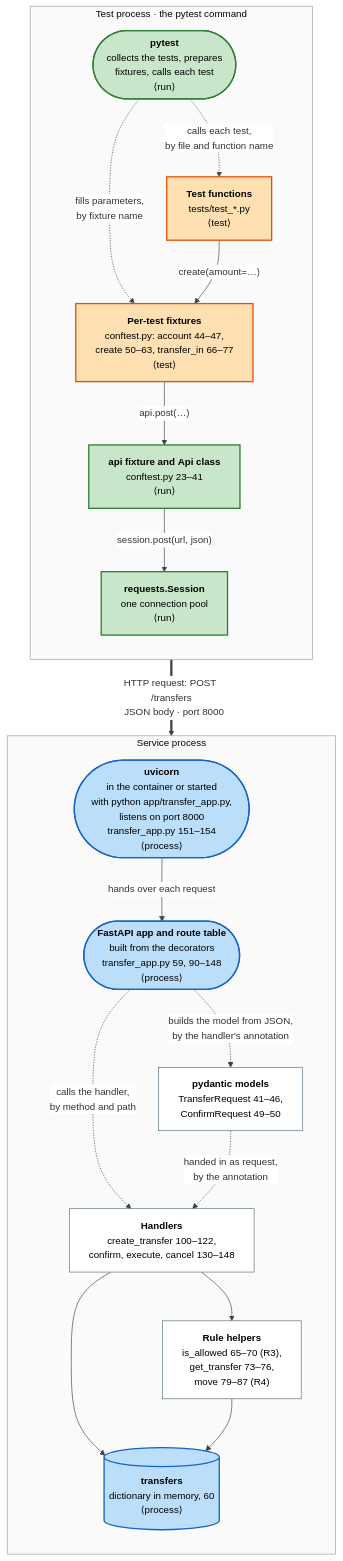
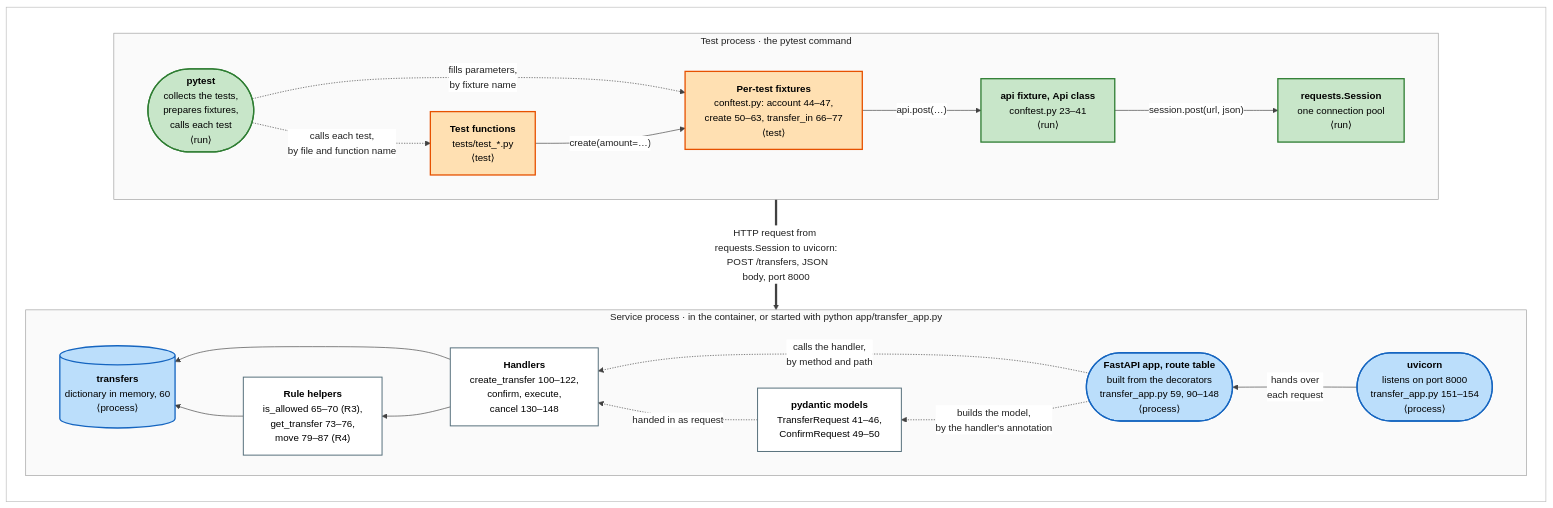
One commit to tiavelum/test-automation-demo changed the first of 4 diagrams in docs/how-the-tests-work.md. Above: the diagram before and after it, drawn with Mermaid. The commit also changed other lines of this file, not shown here.

First line of the commit message:
docs: redraw the diagrams of how the tests work for readability

````diff
--- a/docs/how-the-tests-work.md
+++ b/docs/how-the-tests-work.md
@@ -31,11 +43,14 @@
 ```mermaid
-%%{init: {"theme": "base", "markdownAutoWrap": false, "flowchart": {"curve": "basis", "wrappingWidth": 400}, "themeVariables": {"fontSize": "15px", "lineColor": "#424242", "edgeLabelBackground": "#FFFFFF"}}}%%
+%%{init: {"theme": "base", "markdownAutoWrap": false, "flowchart": {"curve": "basis", "wrappingWidth": 400, "nodeSpacing": 40, "rankSpacing": 55}, "themeVariables": {"darkMode": false, "background": "#FFFFFF", "fontSize": "15px", "textColor": "#212121", "titleColor": "#212121", "primaryTextColor": "#212121", "secondaryTextColor": "#212121", "tertiaryTextColor": "#212121", "nodeTextColor": "#212121", "lineColor": "#424242", "edgeLabelBackground": "#FFFFFF", "clusterBkg": "#FAFAFA", "clusterBorder": "#9E9E9E"}}}%%
 flowchart TB
+  subgraph ALL[" "]
+  direction TB
   subgraph TP["Test process · the pytest command"]
-    direction TB
+    direction LR
     PYT(["`**pytest**
-    collects the tests, prepares
-    fixtures, calls each test
+    collects the tests,
+    prepares fixtures,
+    calls each test
     ⟨run⟩`"])
     TF["`**Test functions**
     tests/test_*.py
@@ -44,7 +59,7 @@
     conftest.py: account 44–47,
     create 50–63, transfer_in 66–77
     ⟨test⟩`"]
-    API["`**api fixture and Api class**
+    API["`**api fixture, Api class**
     conftest.py 23–41
     ⟨run⟩`"]
     SES["`**requests.Session**
@@ -52,15 +67,13 @@
     ⟨run⟩`"]
   end
 
-  subgraph SP["Service process"]
-    direction TB
+  subgraph SP["Service process · in the container, or started with python app/transfer_app.py"]
+    direction RL
     UV(["`**uvicorn**
-    in the container or started
-    with python app/transfer_app.py,
     listens on port 8000
     transfer_app.py 151–154
     ⟨process⟩`"])
-    RT(["`**FastAPI app and route table**
+    RT(["`**FastAPI app, route table**
     built from the decorators
     transfer_app.py 59, 90–148
     ⟨process⟩`"])
@@ -69,7 +82,8 @@
     ConfirmRequest 49–50`"]
     HD["`**Handlers**
     create_transfer 100–122,
-    confirm, execute, cancel 130–148`"]
+    confirm, execute,
+    cancel 130–148`"]
     RL["`**Rule helpers**
     is_allowed 65–70 (R3),
     get_transfer 73–76,
@@ -77,6 +91,7 @@
     DB[("`**transfers**
     dictionary in memory, 60
     ⟨process⟩`")]
+  end
   end
 
   PYT -. "calls each test,
@@ -86,15 +101,15 @@
   TF -- "create(amount=…)" --> FXT
   FXT -- "api.post(…)" --> API
   API -- "session.post(url, json)" --> SES
-  SES == "HTTP request: POST /transfers
-  JSON body · port 8000" ==> UV
-  UV -- "hands over each request" --> RT
-  RT -. "builds the model from JSON,
+  TP == "HTTP request from requests.Session to uvicorn:
+  POST /transfers, JSON body, port 8000" ==> SP
+  UV -- "hands over
+  each request" --> RT
+  RT -. "builds the model,
   by the handler's annotation" .-> PD
   RT -. "calls the handler,
   by method and path" .-> HD
-  PD -. "handed in as request,
-  by the annotation" .-> HD
+  PD -. "handed in as request" .-> HD
   HD --> RL
   HD --> DB
   RL --> DB
@@ -102,11 +117,12 @@
   classDef run fill:#C8E6C9,stroke:#2E7D32,stroke-width:2px,color:#000
   classDef test fill:#FFE0B2,stroke:#E65100,stroke-width:2px,color:#000
   classDef process fill:#BBDEFB,stroke:#1565C0,stroke-width:2px,color:#000
-  classDef plain fill:#FFFFFF,stroke:#546E7A,color:#000
+  classDef plain fill:#FFFFFF,stroke:#546E7A,stroke-width:1.5px,color:#000
   class PYT,API,SES run
   class TF,FXT test
   class UV,RT,DB process
   class PD,HD,RL plain
-  style TP fill:#FAFAFA,stroke:#9E9E9E
-  style SP fill:#FAFAFA,stroke:#9E9E9E
+  style ALL fill:#FFFFFF,stroke:#BDBDBD
+  style TP fill:#FAFAFA,stroke:#9E9E9E,color:#212121
+  style SP fill:#FAFAFA,stroke:#9E9E9E,color:#212121
 ```
````
